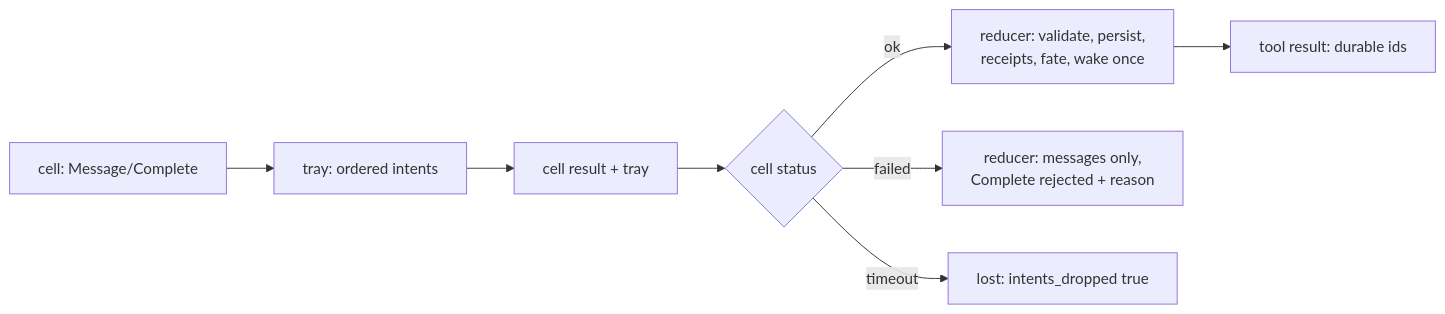
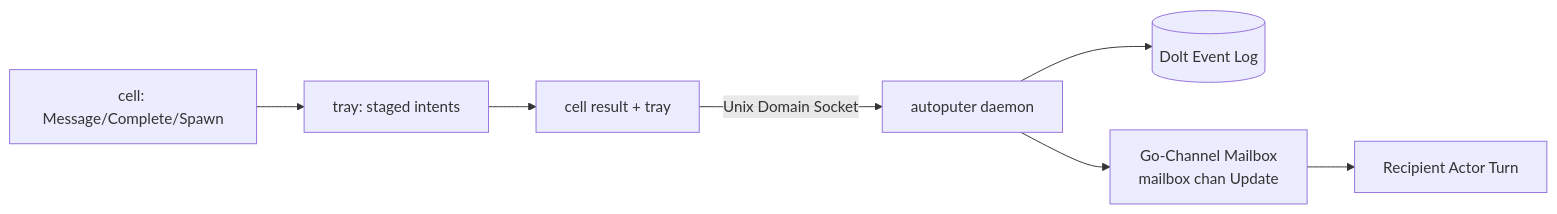
Before and after one commit to choir-hip/go-choir: the diagram in docs/designs/rlm-target-architecture-2026-09-04.md, drawn with Mermaid. The commit also changed other lines of this file and 1 other file, not shown here.

Commit message:
green(docs): fold agentic consensus review into Rev 5 target architecture and status report

````diff
--- a/docs/designs/rlm-target-architecture-2026-09-04.md
+++ b/docs/designs/rlm-target-architecture-2026-09-04.md
@@ -182,10 +216,9 @@
 ```mermaid
 flowchart LR
-    C[cell: Message/Complete] --> T[tray: ordered intents]
+    C[cell: Message/Complete/Spawn] --> T[tray: staged intents]
     T --> R[cell result + tray]
-    R --> V{cell status}
-    V -->|ok| RD[reducer: validate, persist,<br/>receipts, fate, wake once]
-    V -->|failed| RM[reducer: messages only,<br/>Complete rejected + reason]
-    V -->|timeout| RL[lost: intents_dropped true]
-    RD --> TR[tool result: durable ids]
+    R -- Unix Domain Socket --> H[autoputer daemon]
+    H --> D[(Dolt Event Log)]
+    H --> M[Go-Channel Mailbox<br/>mailbox chan Update]
+    M --> W[Recipient Actor Turn]
 ```
````
